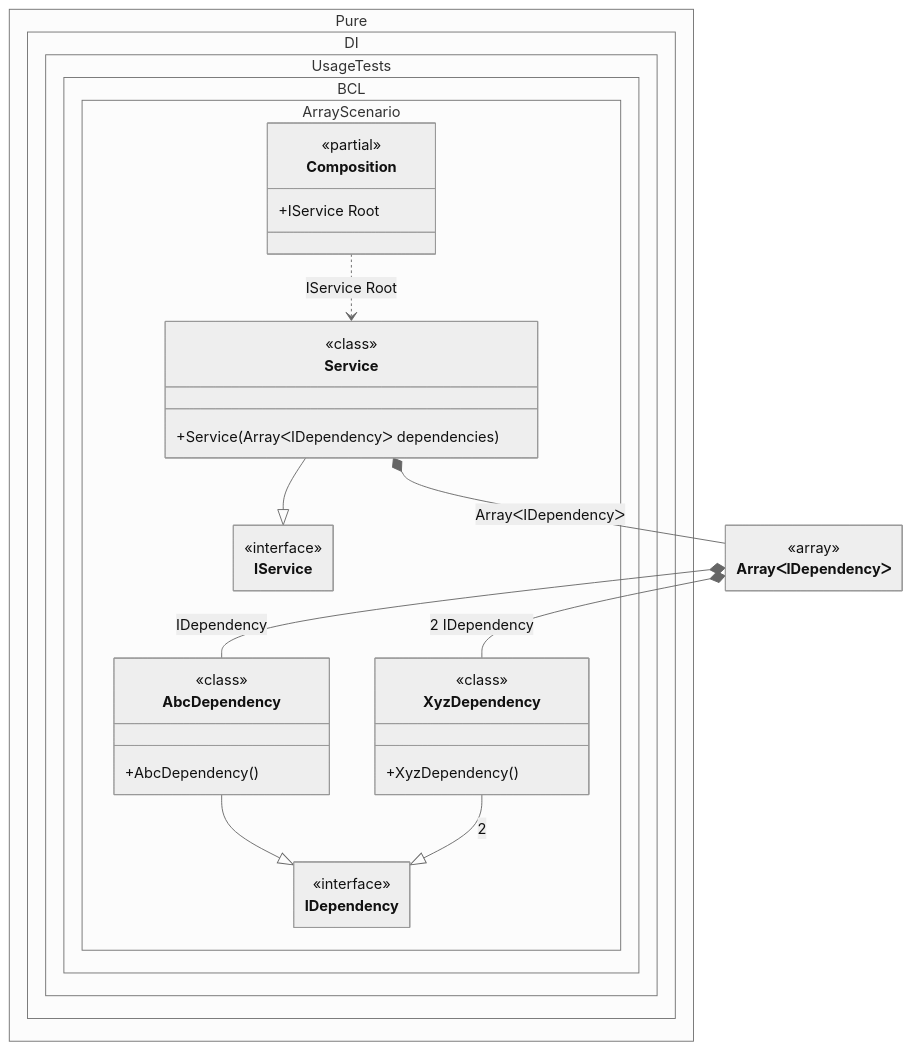
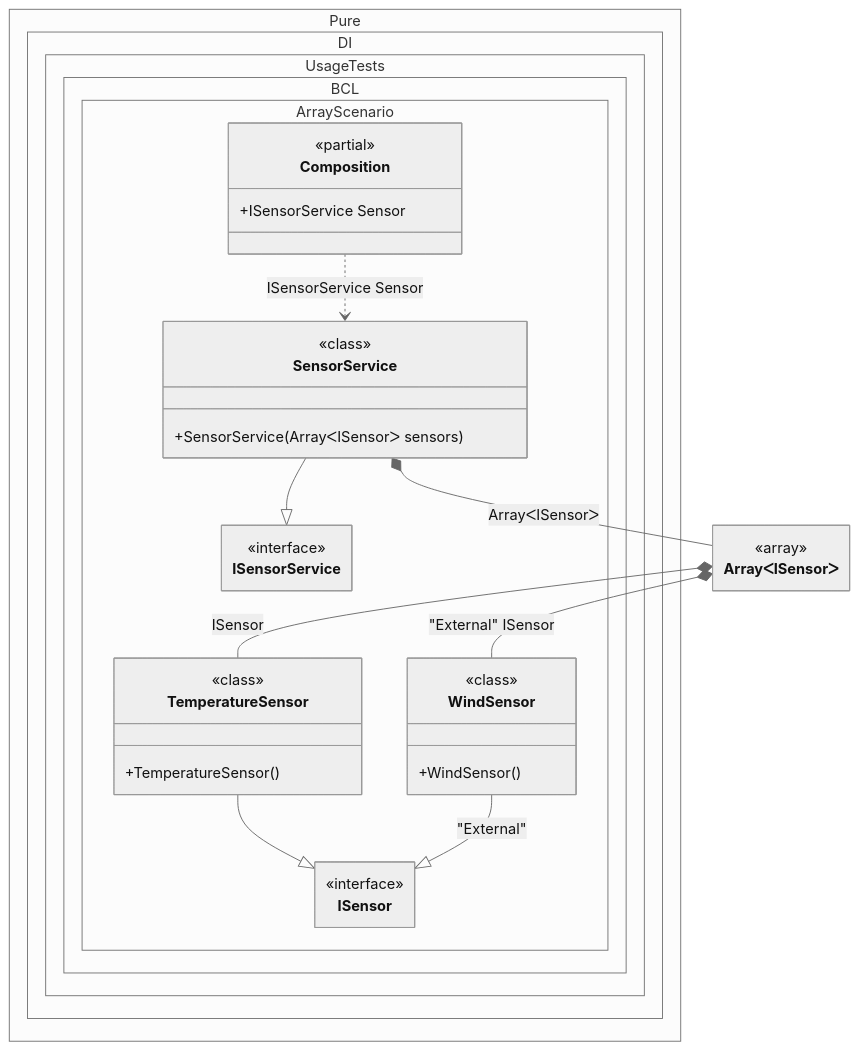
Before and after one commit to DevTeam/Pure.DI: the diagram in readme/array.md, drawn with Mermaid (neutral theme). The commit also changed other lines of this file and 126 other files, not shown here.

````diff
--- a/readme/array.md
+++ b/readme/array.md
@@ -121,44 +124,44 @@
 ```mermaid
 ---
  config:
   maxTextSize: 2147483647
   maxEdges: 2147483647
   class:
    hideEmptyMembersBox: true
 ---
 classDiagram
-	AbcDependency --|> IDependency
-	XyzDependency --|> IDependency : 2 
-	Service --|> IService
-	Composition ..> Service : IService Root
-	Service *--  ArrayᐸIDependencyᐳ : ArrayᐸIDependencyᐳ
-	ArrayᐸIDependencyᐳ *--  AbcDependency : IDependency
-	ArrayᐸIDependencyᐳ *--  XyzDependency : 2  IDependency
-	class ArrayᐸIDependencyᐳ {
+	TemperatureSensor --|> ISensor
+	WindSensor --|> ISensor : "External" 
+	SensorService --|> ISensorService
+	Composition ..> SensorService : ISensorService Sensor
+	SensorService *--  ArrayᐸISensorᐳ : ArrayᐸISensorᐳ
+	ArrayᐸISensorᐳ *--  TemperatureSensor : ISensor
+	ArrayᐸISensorᐳ *--  WindSensor : "External"  ISensor
+	class ArrayᐸISensorᐳ {
 			<<array>>
 	}
 	namespace Pure.DI.UsageTests.BCL.ArrayScenario {
-		class AbcDependency {
-				<<class>>
-			+AbcDependency()
-		}
 		class Composition {
 		<<partial>>
-		+IService Root
+		+ISensorService Sensor
 		}
-		class IDependency {
+		class ISensor {
 			<<interface>>
 		}
-		class IService {
+		class ISensorService {
 			<<interface>>
 		}
-		class Service {
+		class SensorService {
 				<<class>>
-			+Service(ArrayᐸIDependencyᐳ dependencies)
+			+SensorService(ArrayᐸISensorᐳ sensors)
 		}
-		class XyzDependency {
+		class TemperatureSensor {
 				<<class>>
-			+XyzDependency()
+			+TemperatureSensor()
+		}
+		class WindSensor {
+				<<class>>
+			+WindSensor()
 		}
 	}
 ```
````
